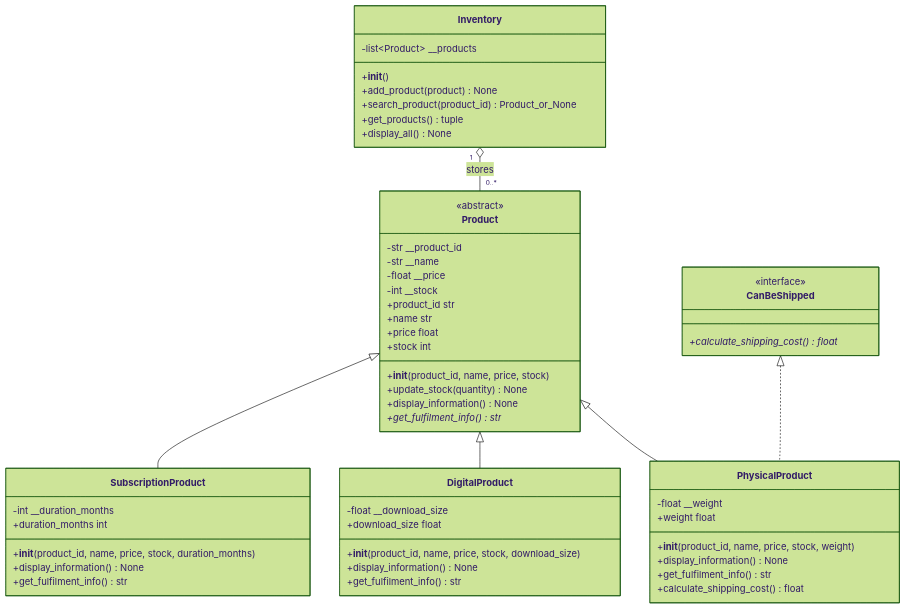
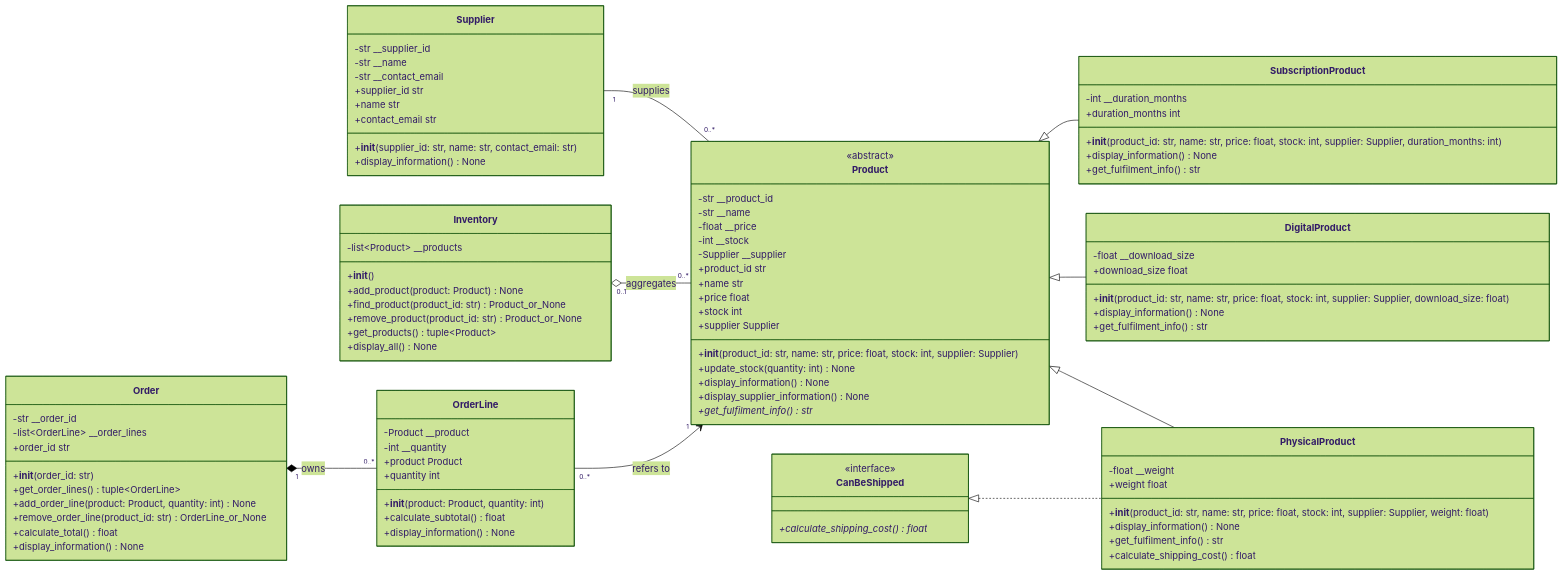
Before and after one commit to junshenlye/INF1103_Week2_Lab: the diagram in uml.mmd, drawn with Mermaid (forest theme). The commit also changed 19 other files, not shown here.

```diff
--- a/uml.mmd
+++ b/uml.mmd
@@ -1,56 +1,104 @@
 classDiagram
+direction LR
+
+class Supplier {
+    -str __supplier_id
+    -str __name
+    -str __contact_email
+    +__init__(supplier_id: str, name: str, contact_email: str)
+    +supplier_id str
+    +name str
+    +contact_email str
+    +display_information() None
+}
+
 class Product {
     <<abstract>>
     -str __product_id
     -str __name
     -float __price
     -int __stock
-    +__init__(product_id, name, price, stock)
+    -Supplier __supplier
+    +__init__(product_id: str, name: str, price: float, stock: int, supplier: Supplier)
     +product_id str
     +name str
     +price float
     +stock int
-    +update_stock(quantity) None
+    +supplier Supplier
+    +update_stock(quantity: int) None
     +display_information() None
+    +display_supplier_information() None
     +get_fulfilment_info()* str
 }
+
 class PhysicalProduct {
     -float __weight
-    +__init__(product_id, name, price, stock, weight)
+    +__init__(product_id: str, name: str, price: float, stock: int, supplier: Supplier, weight: float)
     +weight float
     +display_information() None
     +get_fulfilment_info() str
     +calculate_shipping_cost() float
 }
+
 class DigitalProduct {
     -float __download_size
-    +__init__(product_id, name, price, stock, download_size)
+    +__init__(product_id: str, name: str, price: float, stock: int, supplier: Supplier, download_size: float)
     +download_size float
     +display_information() None
     +get_fulfilment_info() str
 }
+
 class SubscriptionProduct {
     -int __duration_months
-    +__init__(product_id, name, price, stock, duration_months)
+    +__init__(product_id: str, name: str, price: float, stock: int, supplier: Supplier, duration_months: int)
     +duration_months int
     +display_information() None
     +get_fulfilment_info() str
 }
+
 class CanBeShipped {
     <<interface>>
-    <<abstract>>
     +calculate_shipping_cost()* float
 }
+
 class Inventory {
     -list~Product~ __products
     +__init__()
-    +add_product(product) None
-    +search_product(product_id) Product_or_None
-    +get_products() tuple
+    +add_product(product: Product) None
+    +find_product(product_id: str) Product_or_None
+    +remove_product(product_id: str) Product_or_None
+    +get_products() tuple~Product~
     +display_all() None
 }
+
+class OrderLine {
+    -Product __product
+    -int __quantity
+    +__init__(product: Product, quantity: int)
+    +product Product
+    +quantity int
+    +calculate_subtotal() float
+    +display_information() None
+}
+
+class Order {
+    -str __order_id
+    -list~OrderLine~ __order_lines
+    +__init__(order_id: str)
+    +order_id str
+    +get_order_lines() tuple~OrderLine~
+    +add_order_line(product: Product, quantity: int) None
+    +remove_order_line(product_id: str) OrderLine_or_None
+    +calculate_total() float
+    +display_information() None
+}
+
 Product <|-- PhysicalProduct
 Product <|-- DigitalProduct
 Product <|-- SubscriptionProduct
 CanBeShipped <|.. PhysicalProduct
-Inventory "1" o-- "0..*" Product : stores
+
+Supplier "1" -- "0..*" Product : supplies
+Inventory "0..1" o-- "0..*" Product : aggregates
+Order "1" *-- "0..*" OrderLine : owns
+OrderLine "0..*" --> "1" Product : refers to
```
